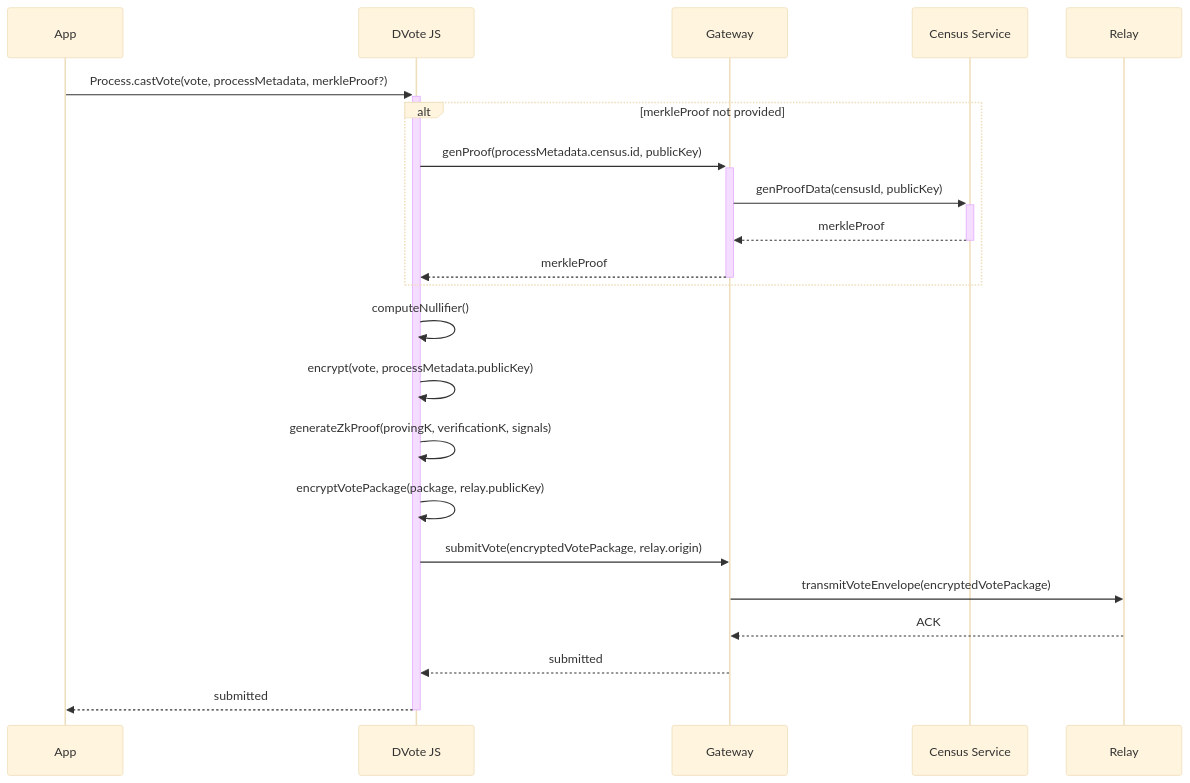
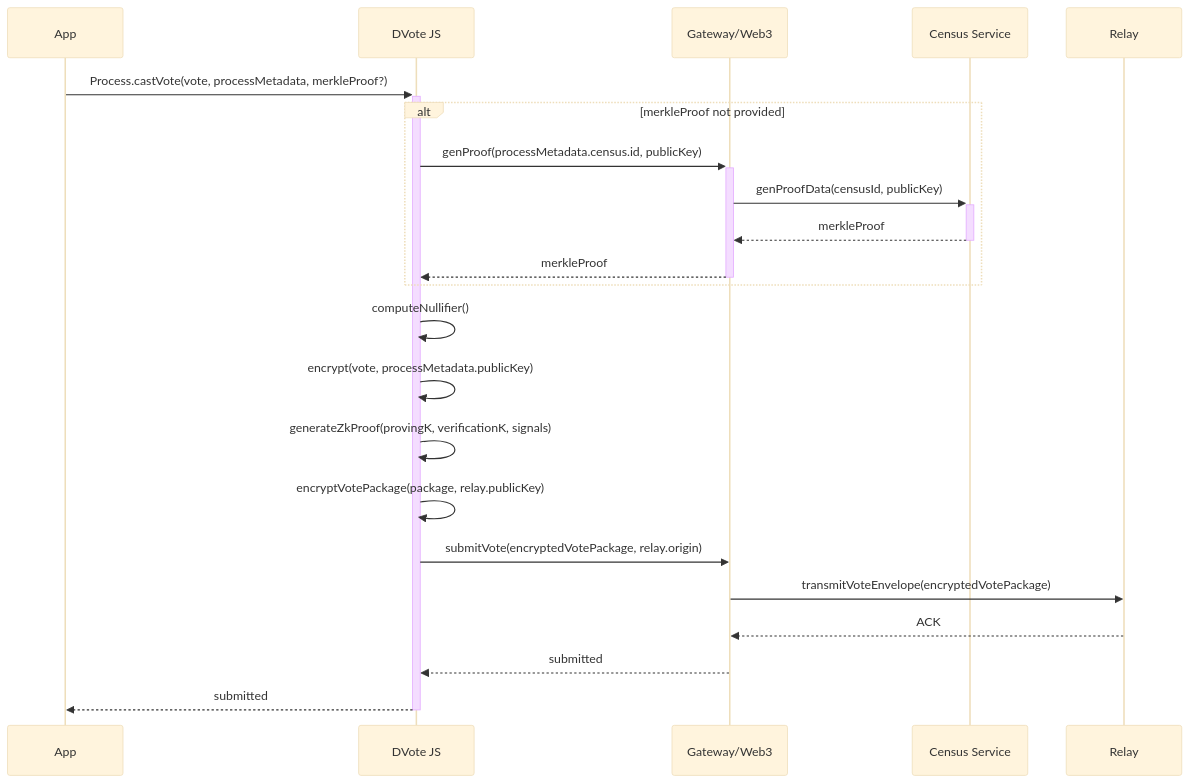
One commit to vocdoni/docs changed the tenth of 15 diagrams in docs/protocol/sequence-diagrams.md. Above: the diagram before and after it, drawn with Mermaid (base theme). The commit also changed other lines of this file and 1 other file, not shown here.

Commit message:
added addCensusClaim, getCensusRoot, censusDump to GW RPC methods, updated sequence dias to show Web3 as available enpoint

````diff
--- a/docs/protocol/sequence-diagrams.md
+++ b/docs/protocol/sequence-diagrams.md
@@ -370,39 +370,39 @@
 ```mermaid
 sequenceDiagram
 
     participant App
     participant DV as DVote JS
-    participant GW as Gateway
+    participant GW as Gateway/Web3
     participant CS as Census Service
     participant RL as Relay
 
     App->>+DV: Process.castVote(vote, processMetadata, merkleProof?)
 
         alt merkleProof not provided
 
             DV->>+GW: genProof(processMetadata.census.id, publicKey)
 
             GW->>+CS: genProofData(censusId, publicKey)
             CS-->>-GW: merkleProof
 
             GW-->>-DV: merkleProof
 
         end
 
         DV->>DV: computeNullifier()
 
         DV->>DV: encrypt(vote, processMetadata.publicKey)
 
         DV->>DV: generateZkProof(provingK, verificationK, signals)
 
         DV->>DV: encryptVotePackage(package, relay.publicKey)
 
         DV->>GW: submitVote(encryptedVotePackage, relay.origin)
 
             GW->>RL: transmitVoteEnvelope(encryptedVotePackage)
             RL-->>GW: ACK
 
         GW-->>DV: submitted
 
     DV-->>-App: submitted
 ```
````
